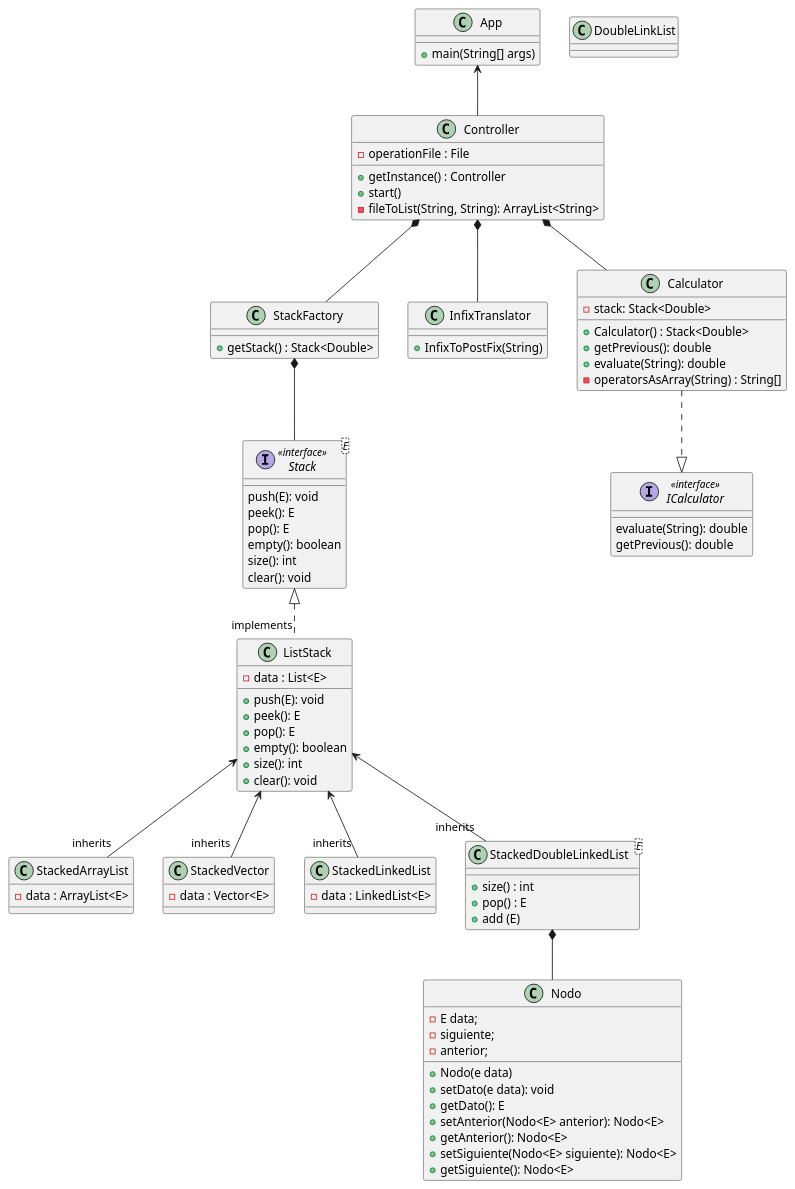
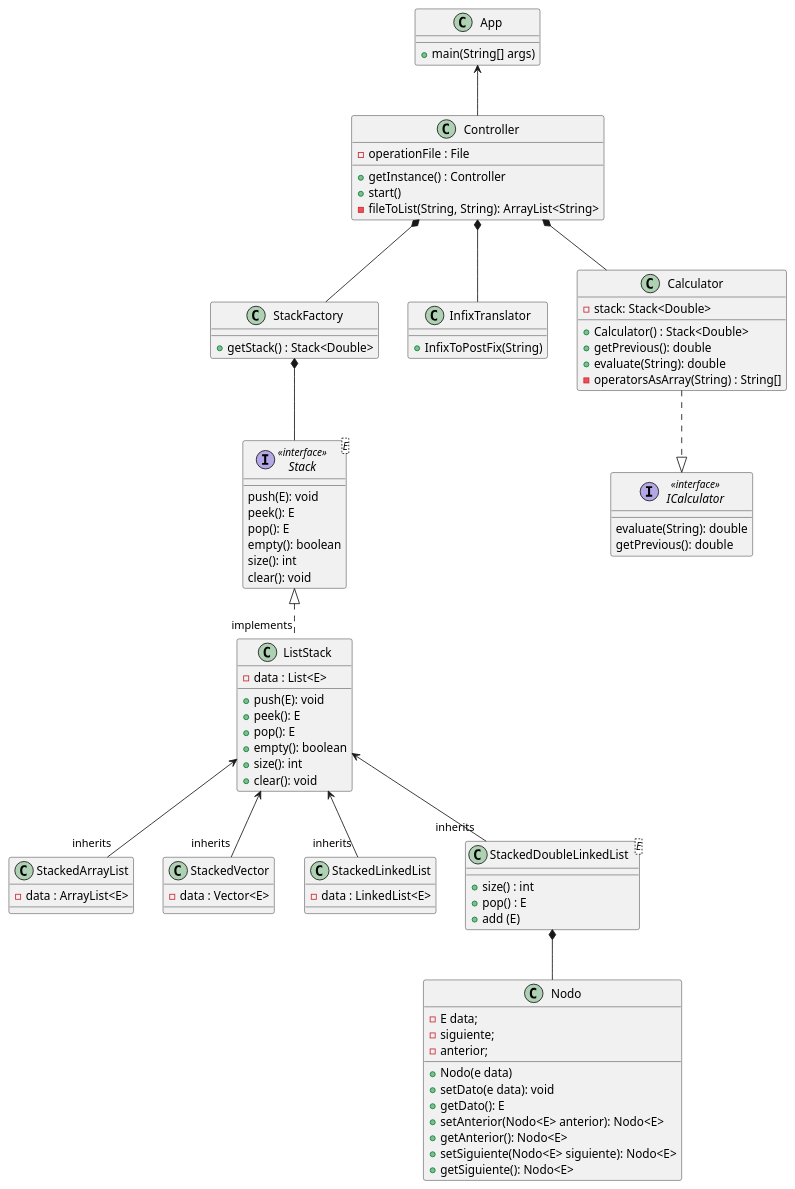
The diagram in classesUML.puml (DanielRasho/HT4-InfixCalculator), drawn with PlantUML before and after one commit. The commit also changed 1 other file, not shown here.

Commit message:
eliminacion de clase extra no usada en el uml

```diff
--- a/classesUML.puml
+++ b/classesUML.puml
@@ -1,119 +1,117 @@
 @startuml
 
 class App
 class Controller
 class StackFactory
 class InfixTranslator
 
 class Calculator
 interface ICalculator
 
 
 class StackedArrayList
 class StackedVector
 class StackedLinkedList
 class StackedDoubleLinkedList
 class StackedVector
 interface Stack<E> <<interface>>
 abstract class ListStack
-
-class DoubleLinkList
 
 
 App <-- Controller
 Controller *-- StackFactory
 Controller *-- Calculator
 Controller *-- InfixTranslator
 
 Calculator ..|> ICalculator
 
 Stack <|.. "implements" ListStack
 StackFactory *-- Stack
 ListStack <-- "inherits" StackedArrayList
 ListStack <-- "inherits" StackedVector
 ListStack <-- "inherits" StackedLinkedList
 ListStack <-- "inherits" StackedDoubleLinkedList
 
 StackedDoubleLinkedList *-- Nodo
 
 class App {
     + main(String[] args)
 }
 
 class StackFactory {
     + getStack() : Stack<Double>
 }
 
 class InfixTranslator{
     + InfixToPostFix(String)
 }
 
 class Controller {
     - operationFile : File
     + getInstance() : Controller
     + start()
     - fileToList(String, String): ArrayList<String>
 }
 
 class Calculator{
     - stack: Stack<Double>
     + Calculator() : Stack<Double>
     + getPrevious(): double
     + evaluate(String): double
     - operatorsAsArray(String) : String[]
 }
 
 interface ICalculator <<interface>>{
     evaluate(String): double
     getPrevious(): double
 }
 
 interface Stack {
     push(E): void
     peek(): E
     pop(): E
     empty(): boolean
     size(): int
     clear(): void
 }
 
 class ListStack{
     - data : List<E>
     + push(E): void
     + peek(): E
     + pop(): E
     + empty(): boolean
     + size(): int
     + clear(): void
 }
 
 class StackedArrayList{
     - data : ArrayList<E>
 }
 class StackedVector{
     - data : Vector<E>
 }
 class StackedLinkedList{
     - data : LinkedList<E>
 }
 
 class StackedDoubleLinkedList <E>{
     + size() : int
     + pop() : E
     + add (E)
 }
 
 class Nodo{
     - E data;
     - siguiente;
     - anterior;
     + Nodo(e data)
     + setDato(e data): void
     + getDato(): E
     + setAnterior(Nodo<E> anterior): Nodo<E>
     + getAnterior(): Nodo<E>
     + setSiguiente(Nodo<E> siguiente): Nodo<E>
     + getSiguiente(): Nodo<E>
 }
 
 @enduml
```
